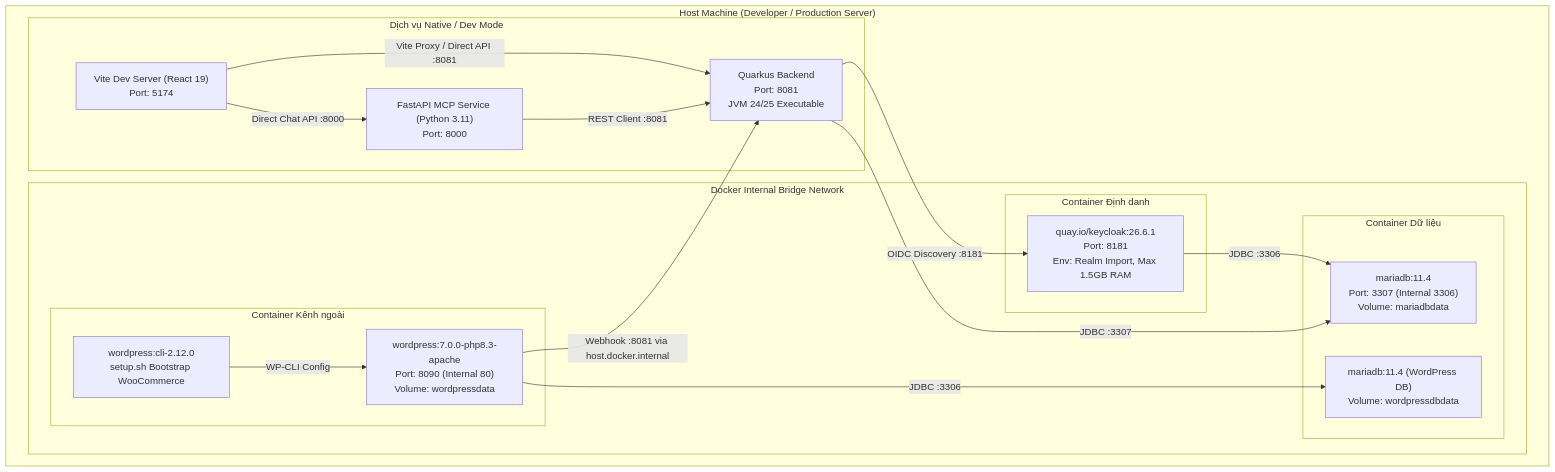
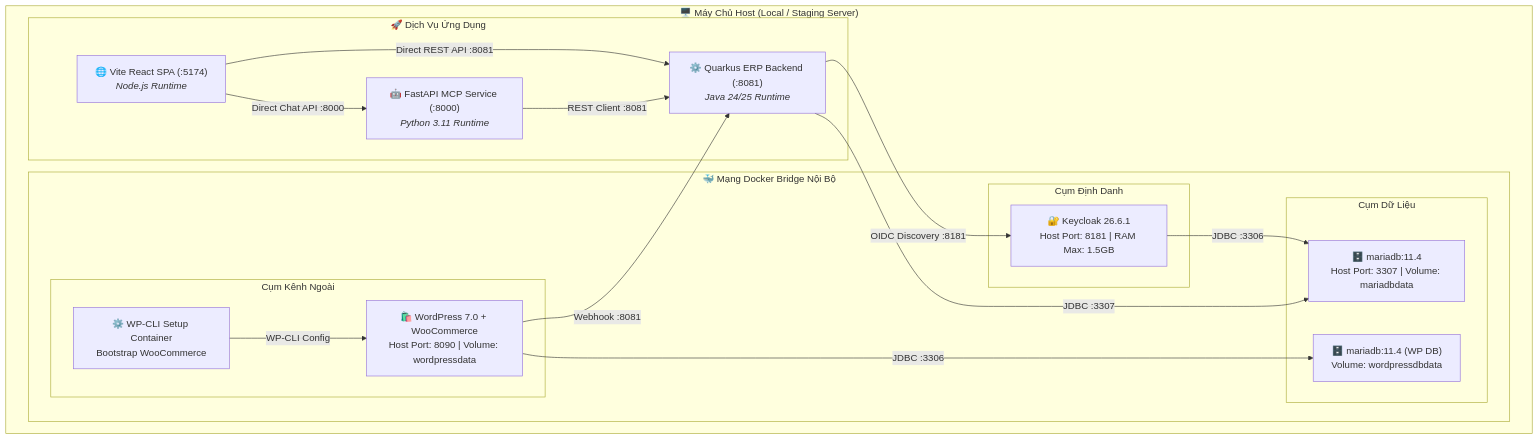
Diagram 11 of 14 in docs/ARCHITECTURE_ARC42.md (nhimtjofc/v-erp-lite), drawn with Mermaid before and after one commit. The commit also changed other lines of this file, not shown here.

````diff
--- a/docs/ARCHITECTURE_ARC42.md
+++ b/docs/ARCHITECTURE_ARC42.md
@@ -501,37 +522,37 @@
 ```mermaid
-graph TB
-    subgraph Host_Machine ["Host Machine (Developer / Production Server)"]
-        subgraph Docker_Network ["Docker Internal Bridge Network"]
-            subgraph Data_Services ["Container Dữ liệu"]
-                MDB["mariadb:11.4<br>Port: 3307 (Internal 3306)<br>Volume: mariadbdata"]
-                WPDB["mariadb:11.4 (WordPress DB)<br>Volume: wordpressdbdata"]
+flowchart TB
+    subgraph HostServer ["🖥️ Máy Chủ Host (Local / Staging Server)"]
+        subgraph DockerNet ["🐳 Mạng Docker Bridge Nội Bộ"]
+            subgraph DataContainers ["Cụm Dữ Liệu"]
+                MDB["🗄️ mariadb:11.4<br>Host Port: 3307 | Volume: mariadbdata"]
+                WPDB["🗄️ mariadb:11.4 (WP DB)<br>Volume: wordpressdbdata"]
             end
 
-            subgraph Identity_Service ["Container Định danh"]
-                KC["quay.io/keycloak:26.6.1<br>Port: 8181<br>Env: Realm Import, Max 1.5GB RAM"]
+            subgraph AuthContainers ["Cụm Định Danh"]
+                KC["🔐 Keycloak 26.6.1<br>Host Port: 8181 | RAM Max: 1.5GB"]
             end
 
-            subgraph Omnichannel_Service ["Container Kênh ngoài"]
-                WP["wordpress:7.0.0-php8.3-apache<br>Port: 8090 (Internal 80)<br>Volume: wordpressdata"]
-                WPCli["wordpress:cli-2.12.0<br>setup.sh Bootstrap WooCommerce"]
+            subgraph WebContainers ["Cụm Kênh Ngoài"]
+                WP["🛍️ WordPress 7.0 + WooCommerce<br>Host Port: 8090 | Volume: wordpressdata"]
+                WPCli["⚙️ WP-CLI Setup Container<br>Bootstrap WooCommerce"]
             end
         end
 
-        subgraph Local_Services ["Dịch vụ Native / Dev Mode"]
-            BE["Quarkus Backend<br>Port: 8081<br>JVM 24/25 Executable"]
-            FE["Vite Dev Server (React 19)<br>Port: 5174"]
-            AI["FastAPI MCP Service (Python 3.11)<br>Port: 8000"]
+        subgraph LocalApps ["🚀 Dịch Vụ Ứng Dụng"]
+            BE["⚙️ Quarkus ERP Backend (:8081)<br><i>Java 24/25 Runtime</i>"]
+            FE["🌐 Vite React SPA (:5174)<br><i>Node.js Runtime</i>"]
+            AI["🤖 FastAPI MCP Service (:8000)<br><i>Python 3.11 Runtime</i>"]
         end
     end
 
-    KC -->|JDBC :3306| MDB
-    WP -->|JDBC :3306| WPDB
-    WPCli -->|WP-CLI Config| WP
+    KC -->|"JDBC :3306"| MDB
+    WP -->|"JDBC :3306"| WPDB
+    WPCli -->|"WP-CLI Config"| WP
 
-    BE -->|JDBC :3307| MDB
-    BE -->|OIDC Discovery :8181| KC
-    FE -->|Vite Proxy / Direct API :8081| BE
-    FE -->|Direct Chat API :8000| AI
-    AI -->|REST Client :8081| BE
-    WP -->|Webhook :8081 via host.docker.internal| BE
+    BE -->|"JDBC :3307"| MDB
+    BE -->|"OIDC Discovery :8181"| KC
+    FE -->|"Direct REST API :8081"| BE
+    FE -->|"Direct Chat API :8000"| AI
+    AI -->|"REST Client :8081"| BE
+    WP -->|"Webhook :8081"| BE
 ```
````
